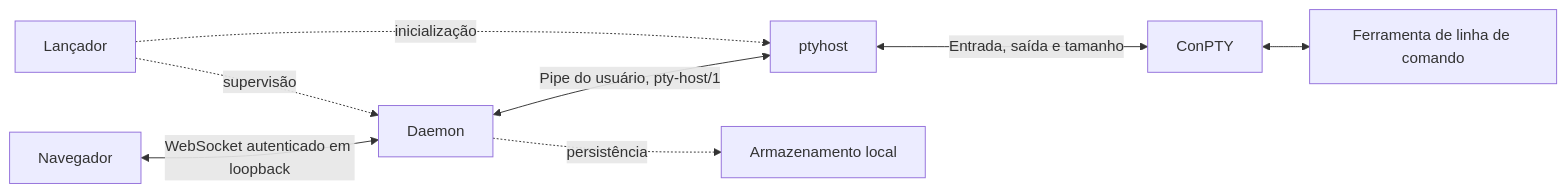
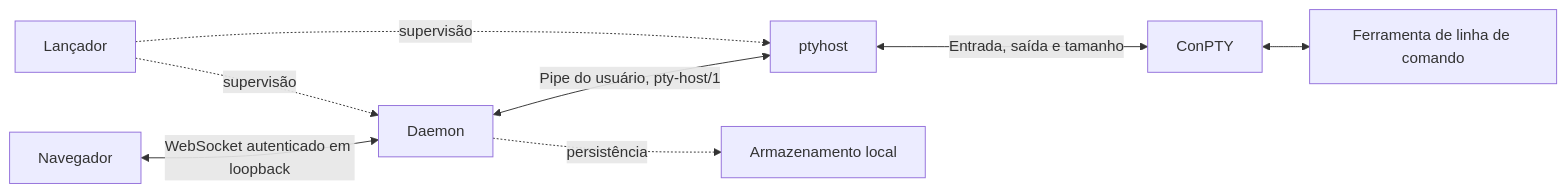
The diagram in docs/architecture.md (n33miaz/ai-develop-setup), drawn with Mermaid before and after one commit. The commit also changed other lines of this file and 3 other files, not shown here.

````diff
--- a/docs/architecture.md
+++ b/docs/architecture.md
@@ -5,17 +5,17 @@
 ```mermaid
 flowchart LR
     Browser["Navegador"]
     Daemon["Daemon"]
     Host["ptyhost"]
     Terminal["ConPTY"]
     Tool["Ferramenta de linha de comando"]
     Launcher["Lançador"]
     Storage["Armazenamento local"]
     Browser <-->|WebSocket autenticado em loopback| Daemon
     Daemon <-->|Pipe do usuário, pty-host/1| Host
     Host <-->|Entrada, saída e tamanho| Terminal
     Terminal <--> Tool
     Launcher -. supervisão .-> Daemon
-    Launcher -. inicialização .-> Host
+    Launcher -. supervisão .-> Host
     Daemon -. persistência .-> Storage
 ```
````
